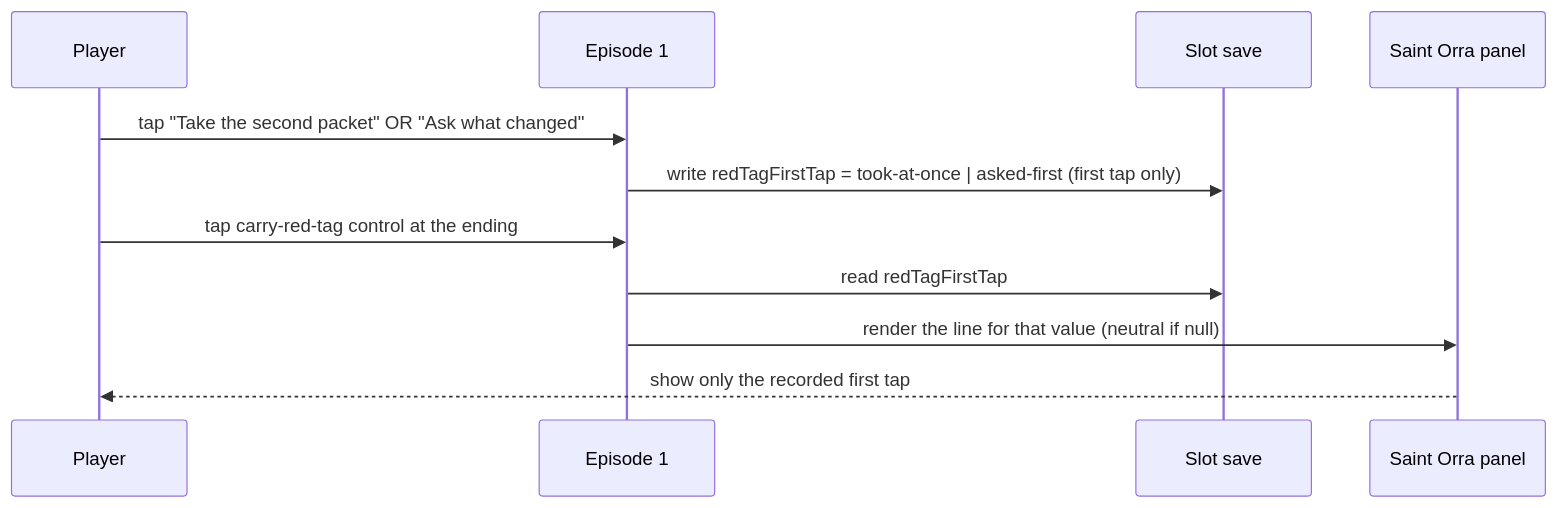
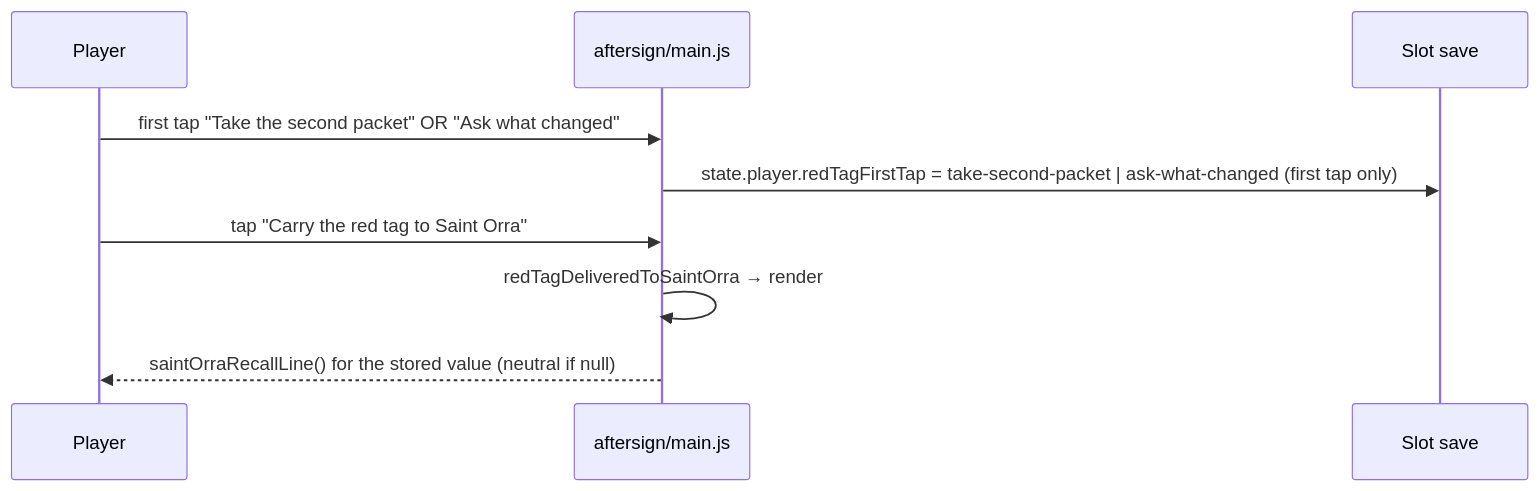
One commit to phynars/oodim-game changed the second of 2 diagrams in docs/design/2724-red-tag-saint-orra.md. Above: the diagram before and after it, drawn with Mermaid. The commit also changed other lines of this file and 1 other file, not shown here.

````diff
--- a/docs/design/2724-red-tag-saint-orra.md
+++ b/docs/design/2724-red-tag-saint-orra.md
@@ -20,13 +20,11 @@
 ```mermaid
 sequenceDiagram
   participant P as Player
-  participant E as Episode 1
+  participant G as aftersign/main.js
   participant S as Slot save
-  participant O as Saint Orra panel
-  P->>E: tap "Take the second packet" OR "Ask what changed"
-  E->>S: write redTagFirstTap = took-at-once | asked-first (first tap only)
-  P->>E: tap carry-red-tag control at the ending
-  E->>S: read redTagFirstTap
-  E->>O: render the line for that value (neutral if null)
-  O-->>P: show only the recorded first tap
+  P->>G: first tap "Take the second packet" OR "Ask what changed"
+  G->>S: state.player.redTagFirstTap = take-second-packet | ask-what-changed (first tap only)
+  P->>G: tap "Carry the red tag to Saint Orra"
+  G->>G: redTagDeliveredToSaintOrra → render #saintOrraRedTagRecall
+  G-->>P: saintOrraRecallLine() for the stored value (neutral if null)
 ```
````
